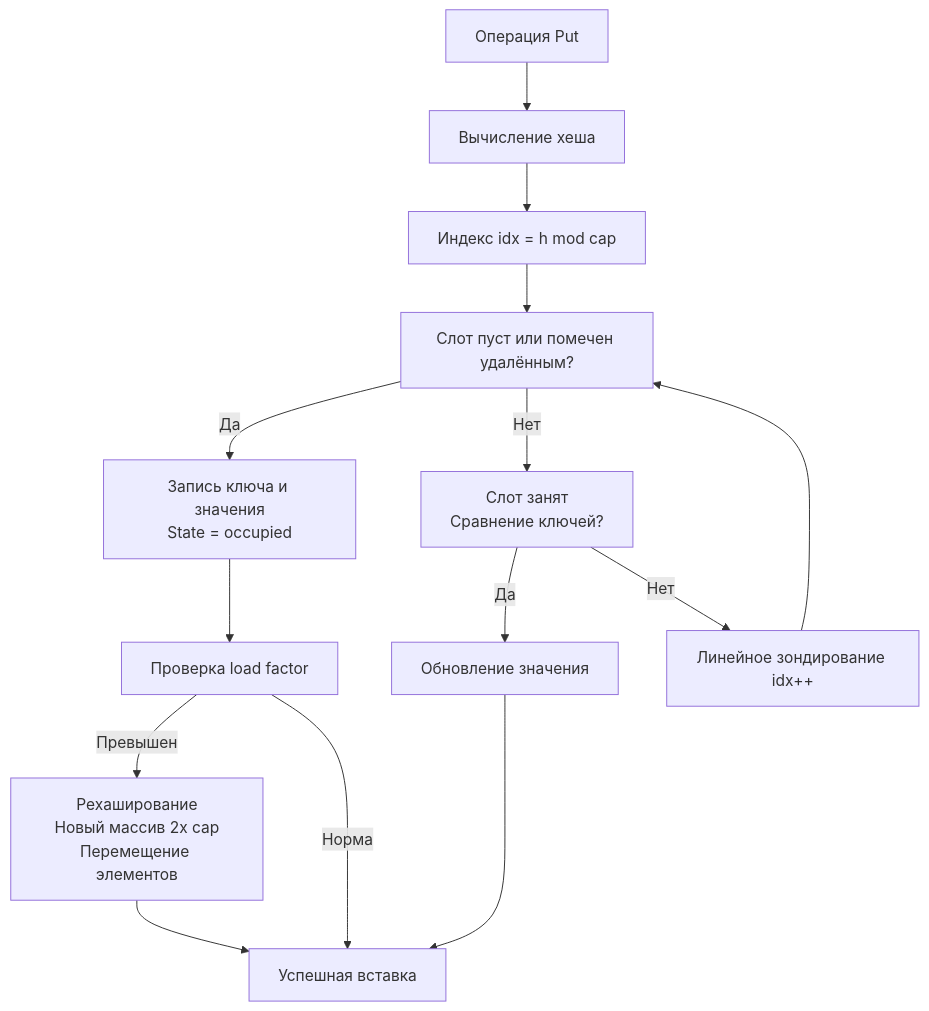
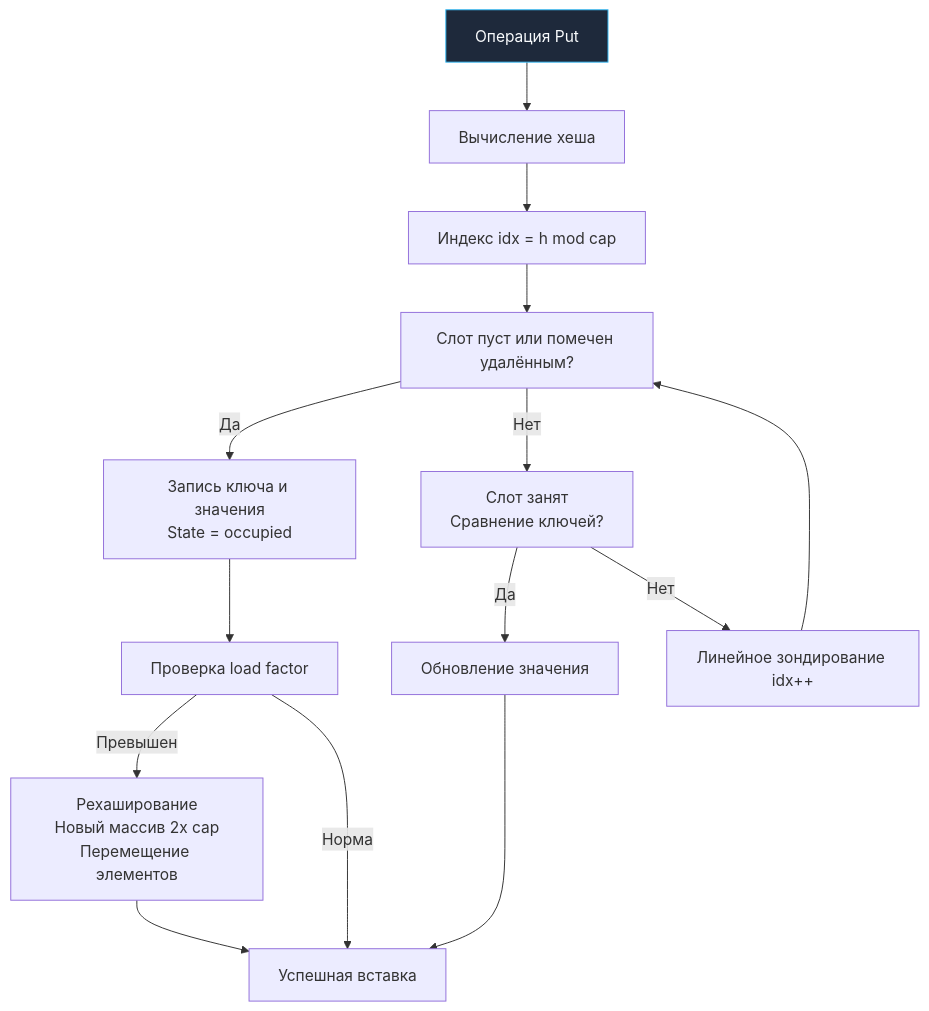
The first of 3 diagrams in sources/21. Задачи с LeetCode и собеседований на Go/02. Задачи/26. Design задачи и структуры данных/5. Design HashMap.md (UnrealTemplier/go-textbook), drawn with Mermaid before and after one commit. The commit also changed other lines of this file and 1666 other files, not shown here.

First line of the commit message:
feat(mermaid): add semantic color classDef to 1369 colorless flowchart/graph diagrams

````diff
--- a/sources/21. Задачи с LeetCode и собеседований на Go/02. Задачи/26. Design задачи и структуры данных/5. Design HashMap.md
+++ b/sources/21. Задачи с LeetCode и собеседований на Go/02. Задачи/26. Design задачи и структуры данных/5. Design HashMap.md
@@ -5,16 +5,26 @@
 ```mermaid
 flowchart TD
-  A["Операция Put"] --> B["Вычисление хеша"]
+    classDef process  fill:#1e293b,stroke:#38bdf8,stroke-width:1px,color:#f8fafc
+    classDef success  fill:#064e3b,stroke:#34d399,stroke-width:1px,color:#f8fafc
+    classDef error    fill:#7f1d1d,stroke:#f87171,stroke-width:1px,color:#f8fafc
+    classDef warning  fill:#78350f,stroke:#fbbf24,stroke-width:1px,color:#f8fafc
+    classDef entry    fill:#1e3a5f,stroke:#38bdf8,stroke-width:2px,color:#f8fafc
+    classDef aux      fill:#334155,stroke:#64748b,stroke-width:1px,color:#f8fafc
+    classDef system   fill:#312e81,stroke:#a78bfa,stroke-width:1px,color:#f8fafc
+    classDef data     fill:#132d29,stroke:#2dd4bf,stroke-width:1px,color:#f8fafc
+    classDef network  fill:#881337,stroke:#fb7185,stroke-width:1px,color:#f8fafc
+    classDef accent   fill:#1e1b4b,stroke:#818cf8,stroke-width:1px,color:#f8fafc
+  A["Операция Put"]:::process --> B["Вычисление хеша"]
   B --> C["Индекс idx = h mod cap"]
   C --> D["Слот пуст или помечен удалённым?"]
   D -->|Да| E["Запись ключа и значения<br>State = occupied"]
   D -->|Нет| F["Слот занят<br>Сравнение ключей?"]
   F -->|Да| G["Обновление значения"]
   F -->|Нет| H["Линейное зондирование idx++"]
   H --> D
   E --> I["Проверка load factor"]
   I -->|Превышен| J["Рехаширование<br>Новый массив 2x cap<br>Перемещение элементов"]
   I -->|Норма| K["Успешная вставка"]
   J --> K
   G --> K
 ```
````
